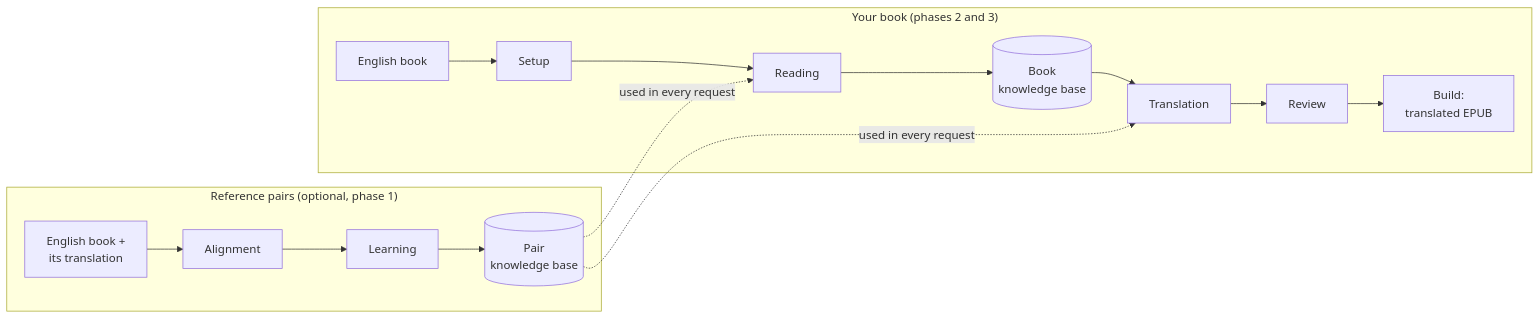
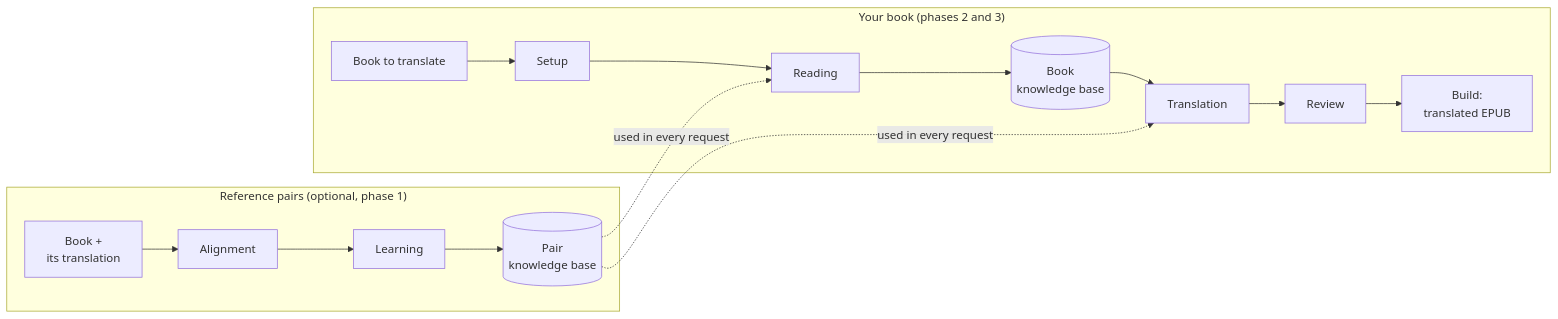
One commit to jaroslawjanas/trainslator changed the first of 2 diagrams in TUTORIAL.md. Above: the diagram before and after it, drawn with Mermaid. The commit also changed other lines of this file and 1 other file, not shown here.

````diff
--- a/TUTORIAL.md
+++ b/TUTORIAL.md
@@ -45,11 +45,11 @@
 ```mermaid
 flowchart LR
   subgraph pairs["Reference pairs (optional, phase 1)"]
-    A["English book +<br/>its translation"] --> B["Alignment"] --> C["Learning"] --> D[("Pair<br/>knowledge base")]
+    A["Book +<br/>its translation"] --> B["Alignment"] --> C["Learning"] --> D[("Pair<br/>knowledge base")]
   end
   subgraph book["Your book (phases 2 and 3)"]
-    E["English book"] --> F["Setup"] --> G["Reading"] --> H[("Book<br/>knowledge base")] --> I["Translation"] --> J["Review"] --> K["Build:<br/>translated EPUB"]
+    E["Book to translate"] --> F["Setup"] --> G["Reading"] --> H[("Book<br/>knowledge base")] --> I["Translation"] --> J["Review"] --> K["Build:<br/>translated EPUB"]
   end
   D -. "used in every request" .-> G
   D -. "used in every request" .-> I
 ```
````
